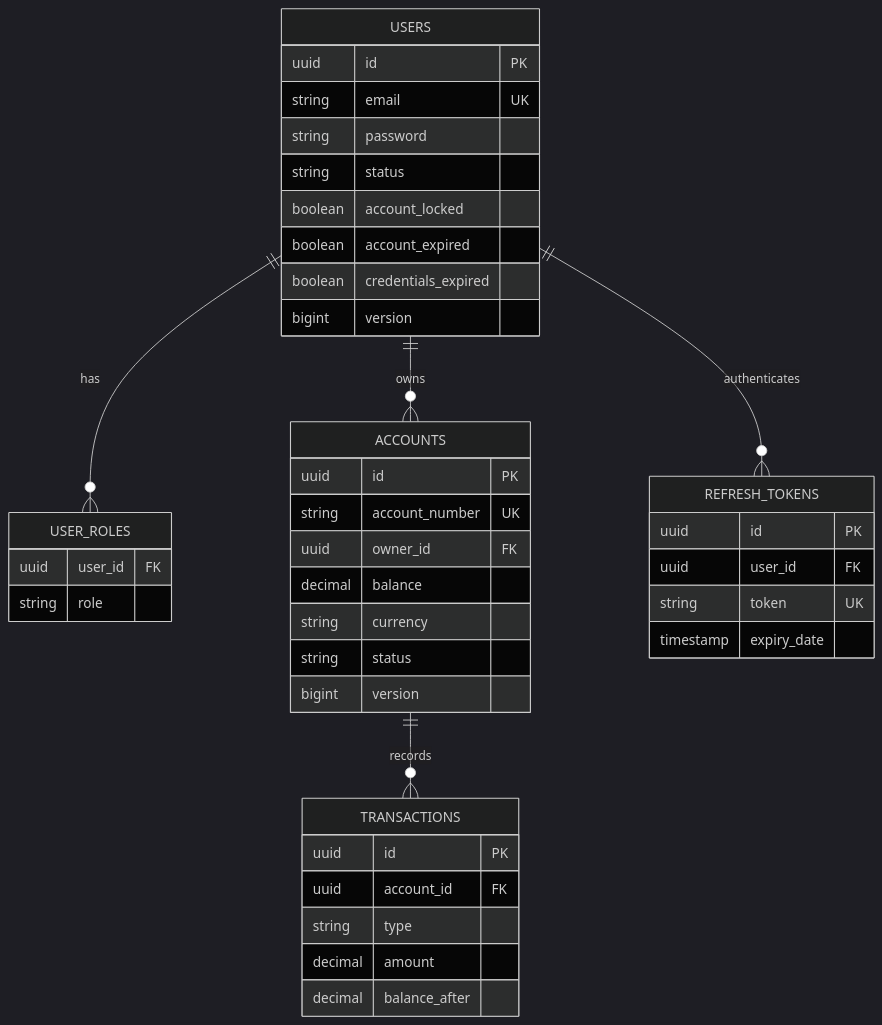
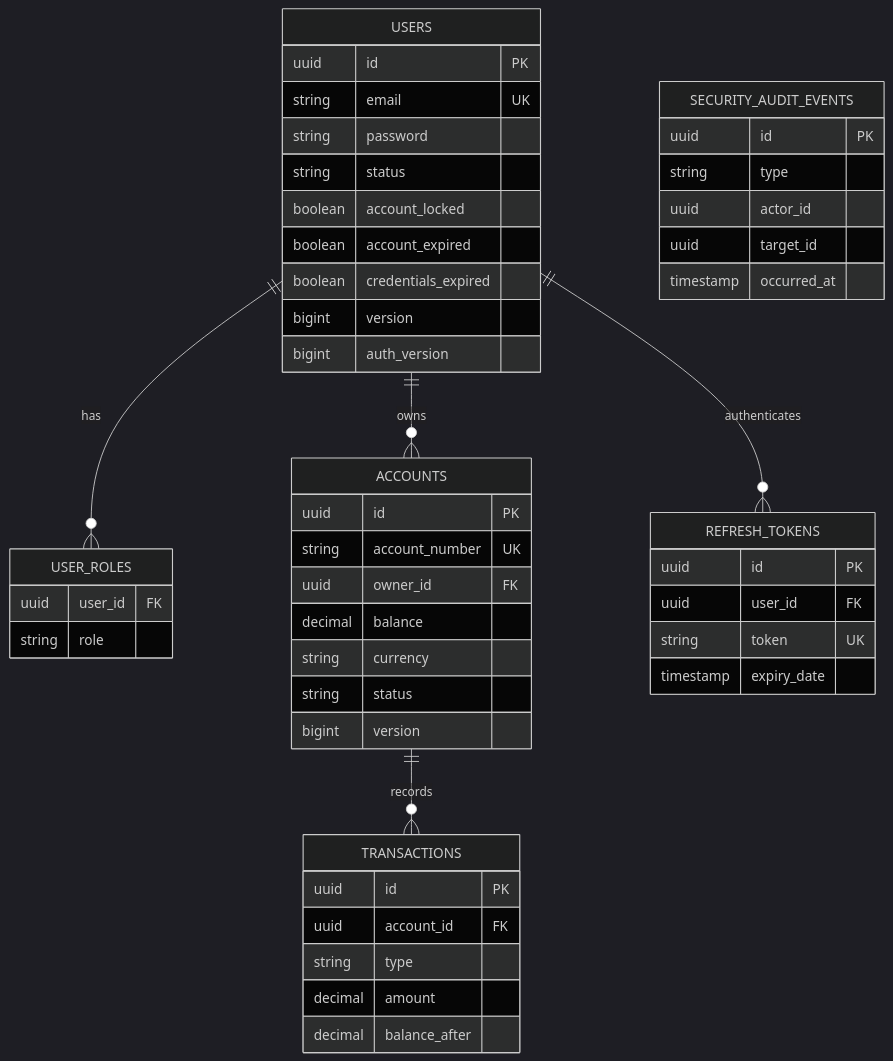
The first of 2 diagrams in docs/UML.md (ursusandwolf/demo-bank), drawn with Mermaid (dark theme) before and after one commit. The commit also changed other lines of this file and 35 other files, not shown here.

Commit message:
feat: complete security iteration with session revocation and audit

````diff
--- a/docs/UML.md
+++ b/docs/UML.md
@@ -16,43 +16,51 @@
 ```mermaid
 erDiagram
     USERS ||--o{ USER_ROLES : has
     USERS ||--o{ ACCOUNTS : owns
     USERS ||--o{ REFRESH_TOKENS : authenticates
     ACCOUNTS ||--o{ TRANSACTIONS : records
     USERS {
         uuid id PK
         string email UK
         string password
         string status
         boolean account_locked
         boolean account_expired
         boolean credentials_expired
         bigint version
+        bigint auth_version
     }
     USER_ROLES {
         uuid user_id FK
         string role
     }
     ACCOUNTS {
         uuid id PK
         string account_number UK
         uuid owner_id FK
         decimal balance
         string currency
         string status
         bigint version
     }
     TRANSACTIONS {
         uuid id PK
         uuid account_id FK
         string type
         decimal amount
         decimal balance_after
     }
     REFRESH_TOKENS {
         uuid id PK
         uuid user_id FK
         string token UK
         timestamp expiry_date
     }
+    SECURITY_AUDIT_EVENTS {
+        uuid id PK
+        string type
+        uuid actor_id
+        uuid target_id
+        timestamp occurred_at
+    }
 ```
````
